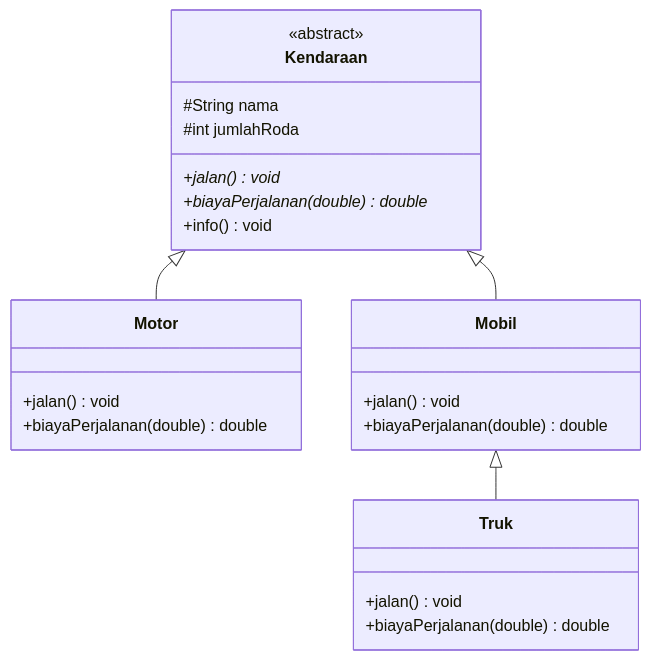
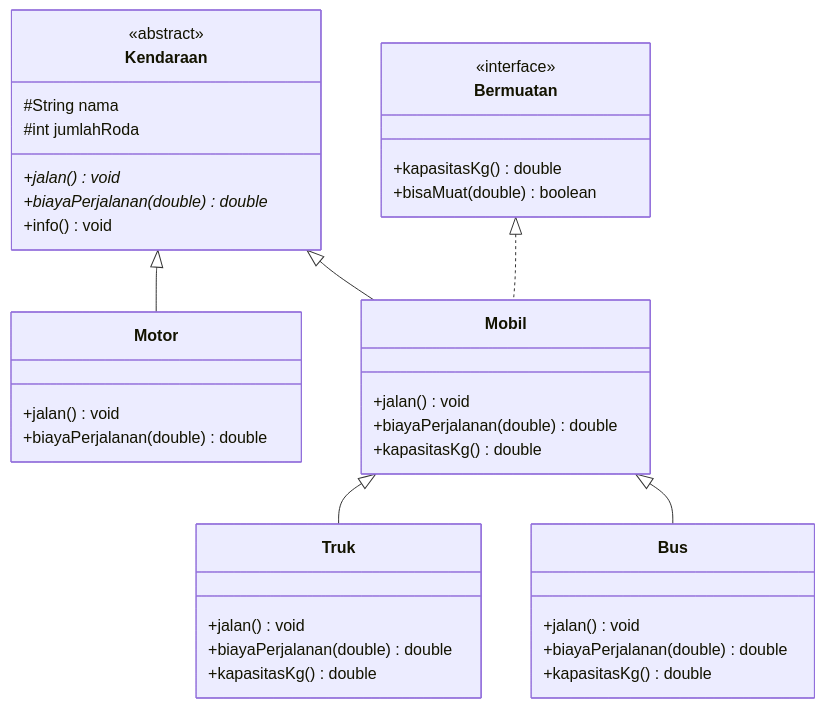
Before and after one commit to abrisamp518-gif/OOP-KENDARAAN: the diagram in README.md, drawn with Mermaid. The commit also changed other lines of this file, not shown here.

````diff
--- a/README.md
+++ b/README.md
@@ -60,26 +61,40 @@
 ```mermaid
 classDiagram
     class Kendaraan {
         <<abstract>>
         #String nama
         #int jumlahRoda
         +jalan()* void
         +biayaPerjalanan(double)* double
         +info() void
     }
+    class Bermuatan {
+        <<interface>>
+        +kapasitasKg() double
+        +bisaMuat(double) boolean
+    }
     class Motor {
         +jalan() void
         +biayaPerjalanan(double) double
     }
     class Mobil {
         +jalan() void
         +biayaPerjalanan(double) double
+        +kapasitasKg() double
     }
     class Truk {
         +jalan() void
         +biayaPerjalanan(double) double
+        +kapasitasKg() double
+    }
+    class Bus {
+        +jalan() void
+        +biayaPerjalanan(double) double
+        +kapasitasKg() double
     }
     Kendaraan <|-- Motor
     Kendaraan <|-- Mobil
     Mobil <|-- Truk
+    Mobil <|-- Bus
+    Bermuatan <|.. Mobil
 ```
````
